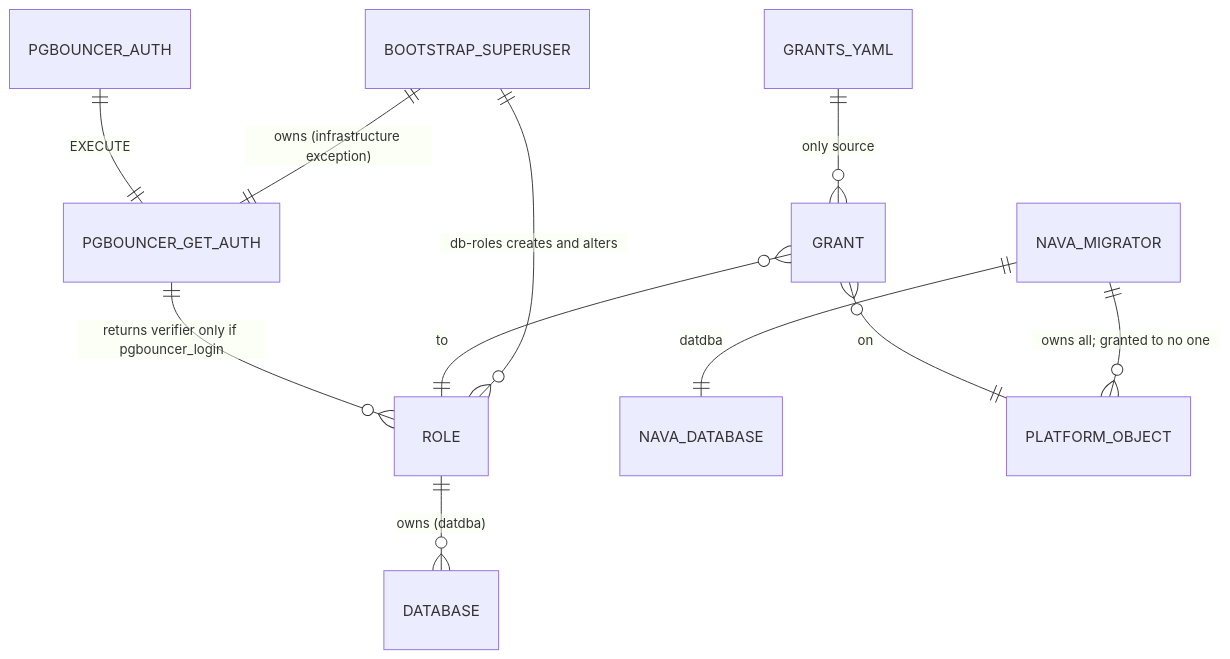
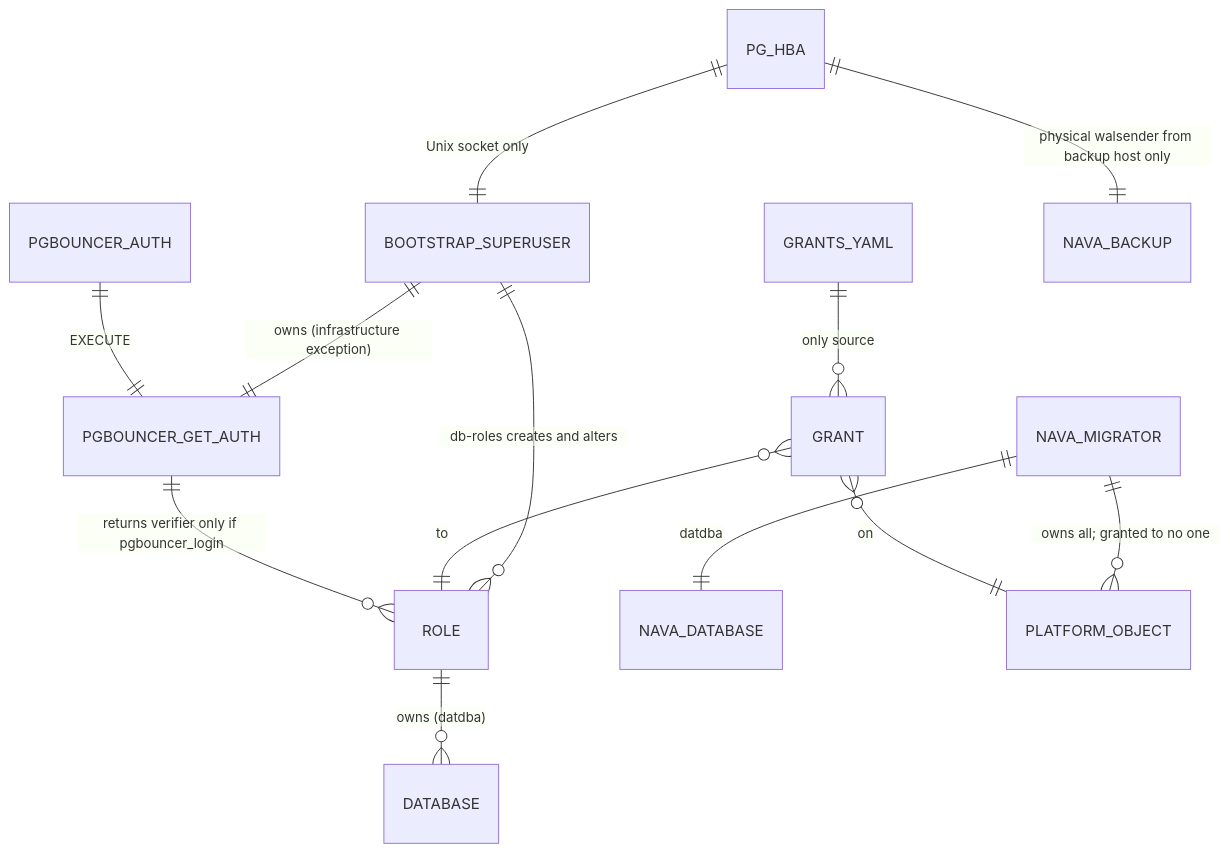
The diagram in docs/data/roles-and-grants.md (Navaladi2019/TicketingSystem), drawn with Mermaid before and after one commit. The commit also changed other lines of this file and 12 other files, not shown here.

````diff
--- a/docs/data/roles-and-grants.md
+++ b/docs/data/roles-and-grants.md
@@ -7,13 +7,15 @@
 ```mermaid
 erDiagram
     BOOTSTRAP_SUPERUSER ||--o{ ROLE : "db-roles creates and alters"
     BOOTSTRAP_SUPERUSER ||--|| PGBOUNCER_GET_AUTH : "owns (infrastructure exception)"
     ROLE ||--o{ DATABASE : "owns (datdba)"
     NAVA_MIGRATOR ||--|| NAVA_DATABASE : "datdba"
     NAVA_MIGRATOR ||--o{ PLATFORM_OBJECT : "owns all; granted to no one"
     GRANTS_YAML ||--o{ GRANT : "only source"
     GRANT }o--|| ROLE : "to"
     GRANT }o--|| PLATFORM_OBJECT : "on"
     PGBOUNCER_AUTH ||--|| PGBOUNCER_GET_AUTH : "EXECUTE"
     PGBOUNCER_GET_AUTH ||--o{ ROLE : "returns verifier only if pgbouncer_login"
+    PG_HBA ||--|| BOOTSTRAP_SUPERUSER : "Unix socket only"
+    PG_HBA ||--|| NAVA_BACKUP : "physical walsender from backup host only"
 ```
````
